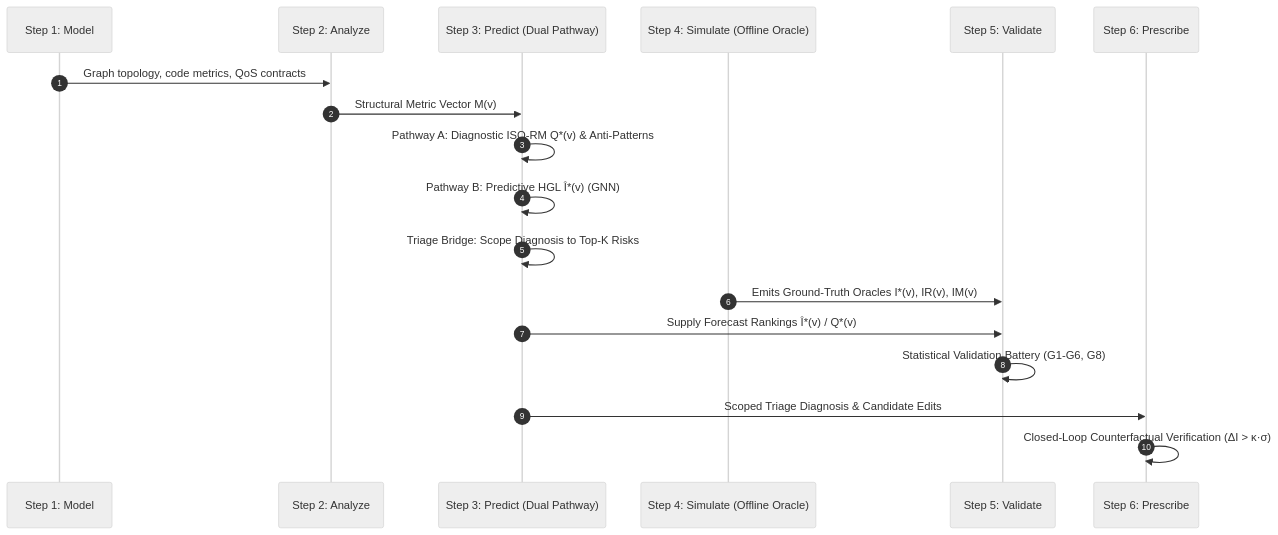
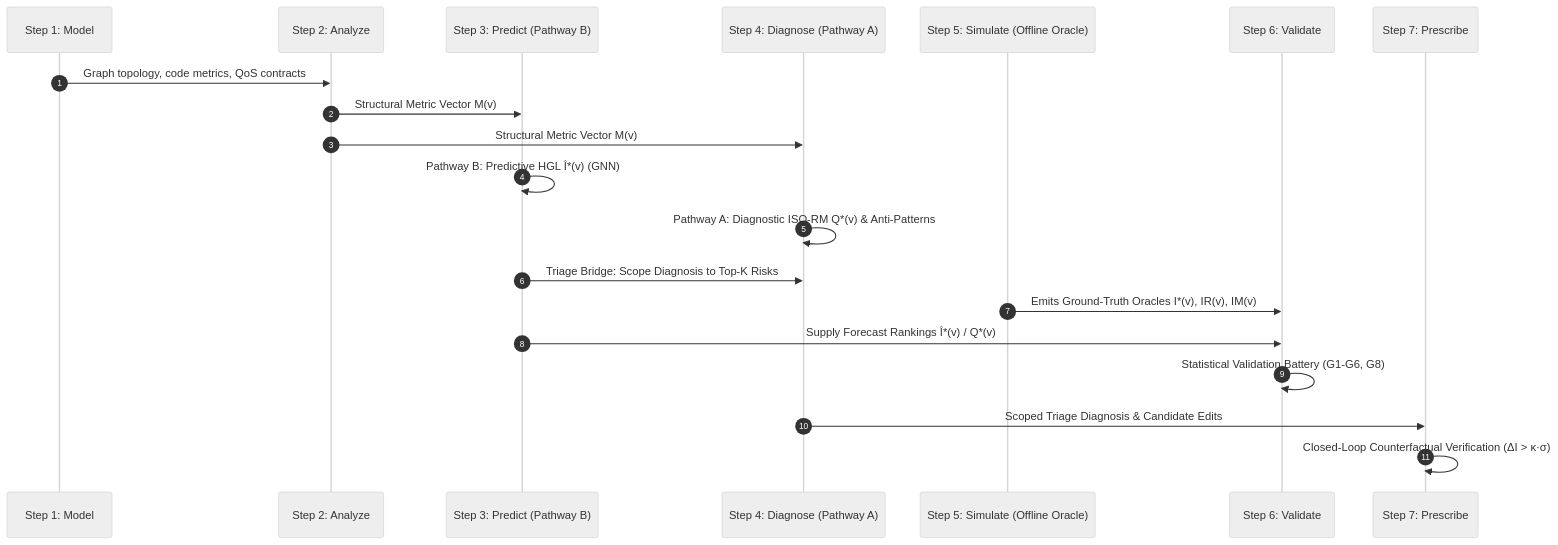
One commit to onuralpyigit/software-as-a-graph changed the ninth of 9 diagrams in docs/criticality.md. Above: the diagram before and after it, drawn with Mermaid (neutral theme). The commit also changed 33 other files, not shown here.

First line of the commit message:
feat: Introduce Diagnose stage (Step 4) for root-cause attribution

````diff
--- a/docs/criticality.md
+++ b/docs/criticality.md
@@ -598,21 +598,23 @@
 ```mermaid
 sequenceDiagram
     autonumber
     participant M as Step 1: Model
     participant A as Step 2: Analyze
-    participant P as Step 3: Predict (Dual Pathway)
-    participant S as Step 4: Simulate (Offline Oracle)
-    participant V as Step 5: Validate
-    participant Rx as Step 6: Prescribe
+    participant P as Step 3: Predict (Pathway B)
+    participant D as Step 4: Diagnose (Pathway A)
+    participant S as Step 5: Simulate (Offline Oracle)
+    participant V as Step 6: Validate
+    participant Rx as Step 7: Prescribe
 
     M->>A: Graph topology, code metrics, QoS contracts
     A->>P: Structural Metric Vector M(v)
-    P->>P: Pathway A: Diagnostic ISO-RM Q*(v) & Anti-Patterns
+    A->>D: Structural Metric Vector M(v)
     P->>P: Pathway B: Predictive HGL Î*(v) (GNN)
-    P->>P: Triage Bridge: Scope Diagnosis to Top-K Risks
+    D->>D: Pathway A: Diagnostic ISO-RM Q*(v) & Anti-Patterns
+    P->>D: Triage Bridge: Scope Diagnosis to Top-K Risks
     S->>V: Emits Ground-Truth Oracles I*(v), IR(v), IM(v)
     P->>V: Supply Forecast Rankings Î*(v) / Q*(v)
     V->>V: Statistical Validation Battery (G1-G6, G8)
-    P->>Rx: Scoped Triage Diagnosis & Candidate Edits
+    D->>Rx: Scoped Triage Diagnosis & Candidate Edits
     Rx->>Rx: Closed-Loop Counterfactual Verification (ΔI > κ·σ)
 ```
````
